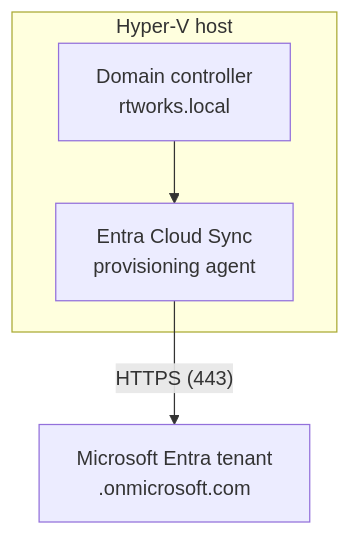
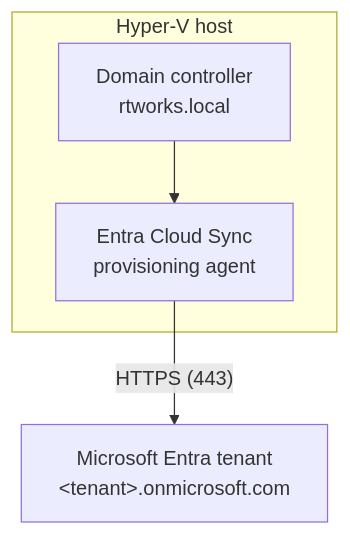
One commit to RashidT/entra-hybrid-identity-lab changed the diagram in README.md. Above: the diagram before and after it, drawn with Mermaid. The commit also changed 1 other file, not shown here.

Commit message:
Fix Mermaid tenant label in README and architecture diagram

````diff
--- a/README.md
+++ b/README.md
@@ -75,9 +75,9 @@
 ```mermaid
 graph TD
     subgraph Host ["Hyper-V host"]
         AD["Domain controller<br/>rtworks.local"]
         Agent["Entra Cloud Sync<br/>provisioning agent"]
         AD --> Agent
     end
-    Agent -->|"HTTPS (443)"| Entra["Microsoft Entra tenant<br/><tenant>.onmicrosoft.com"]
+    Agent -->|"HTTPS (443)"| Entra["Microsoft Entra tenant<br/>#lt;tenant#gt;.onmicrosoft.com"]
 ```
````
